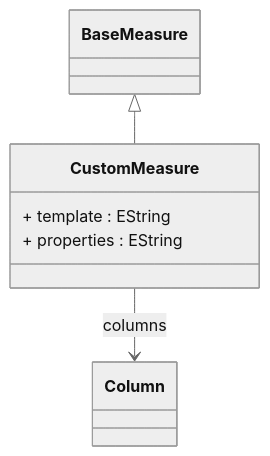
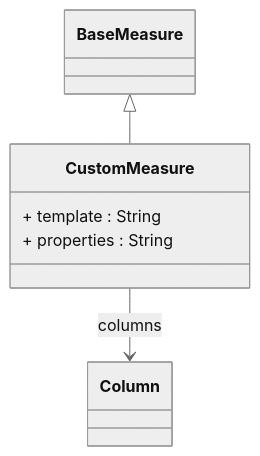
One commit to eclipse-daanse/eclipse-daanse.github.io changed the diagram in docs/cubeserver/model/class-CustomMeasure.md. Above: the diagram before and after it, drawn with Mermaid (neutral theme). The commit also changed other lines of this file and 138 other files, not shown here.

````diff
--- a/docs/cubeserver/model/class-CustomMeasure.md
+++ b/docs/cubeserver/model/class-CustomMeasure.md
@@ -83,11 +86,11 @@
 ```mermaid
 classDiagram
   class CustomMeasure {
-    + template : EString
-    + properties : EString
+    + template : String
+    + properties : String
   }
 
   BaseMeasure <|-- CustomMeasure
   CustomMeasure --> Column : columns
 
 ```
````
